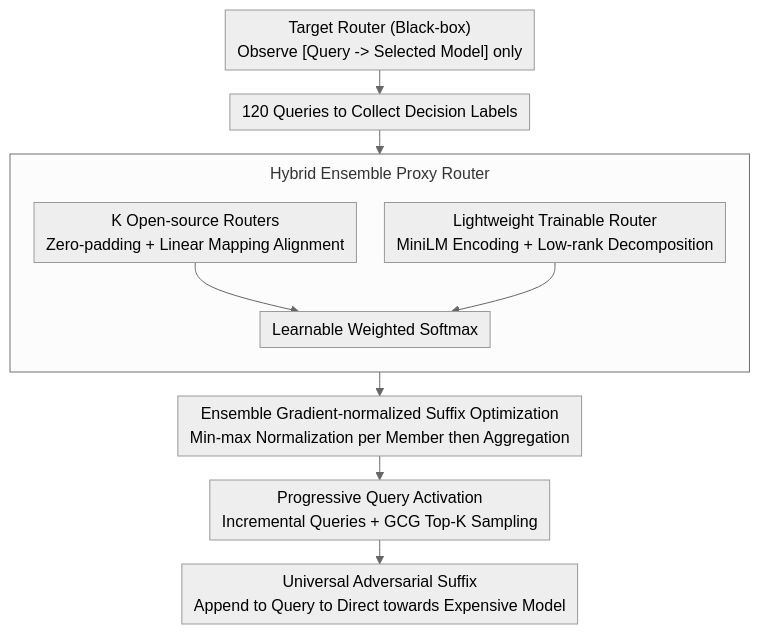
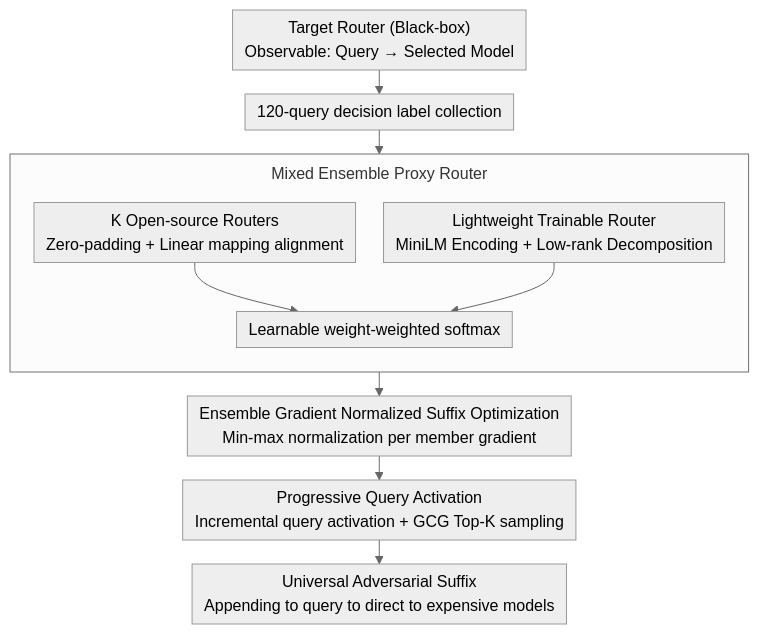
One commit to zhaoyang97/Paper-Notes-en changed the diagram in docs/ACL2026/llm_safety/route_to_rome_attack_directing_llm_routers_to_expensive_models_via_adversarial_s.md. Above: the diagram before and after it, drawn with Mermaid (neutral theme). The commit also changed other lines of this file and 5084 other files, not shown here.

````diff
--- a/docs/ACL2026/llm_safety/route_to_rome_attack_directing_llm_routers_to_expensive_models_via_adversarial_s.md
+++ b/docs/ACL2026/llm_safety/route_to_rome_attack_directing_llm_routers_to_expensive_models_via_adversarial_s.md
@@ -44,16 +44,16 @@
 ```mermaid
 %%{init: {'flowchart': {'rankSpacing': 24, 'nodeSpacing': 28, 'padding': 6, 'wrappingWidth': 400, 'subGraphTitleMargin': {'top': 8, 'bottom': 16}}}}%%
 flowchart TD
-    A["Target Router (Black-box)<br/>Observe [Query -> Selected Model] only"] --> B["120 Queries to Collect Decision Labels"]
-    subgraph S1["Hybrid Ensemble Proxy Router"]
+    A["Target Router (Black-box)<br/>Observable: Query → Selected Model"] --> B["120-query decision label collection"]
+    subgraph S1["Mixed Ensemble Proxy Router"]
         direction TB
-        C["K Open-source Routers<br/>Zero-padding + Linear Mapping Alignment"]
+        C["K Open-source Routers<br/>Zero-padding + Linear mapping alignment"]
         D["Lightweight Trainable Router<br/>MiniLM Encoding + Low-rank Decomposition"]
-        C --> E["Learnable Weighted Softmax"]
+        C --> E["Learnable weight-weighted softmax"]
         D --> E
     end
     B --> S1
-    E --> F["Ensemble Gradient-normalized Suffix Optimization<br/>Min-max Normalization per Member then Aggregation"]
-    F --> G["Progressive Query Activation<br/>Incremental Queries + GCG Top-K Sampling"]
-    G --> H["Universal Adversarial Suffix<br/>Append to Query to Direct towards Expensive Model"]
+    E --> F["Ensemble Gradient Normalized Suffix Optimization<br/>Min-max normalization per member gradient"]
+    F --> G["Progressive Query Activation<br/>Incremental query activation + GCG Top-K sampling"]
+    G --> H["Universal Adversarial Suffix<br/>Appending to query to direct to expensive models"]
 ```
````
